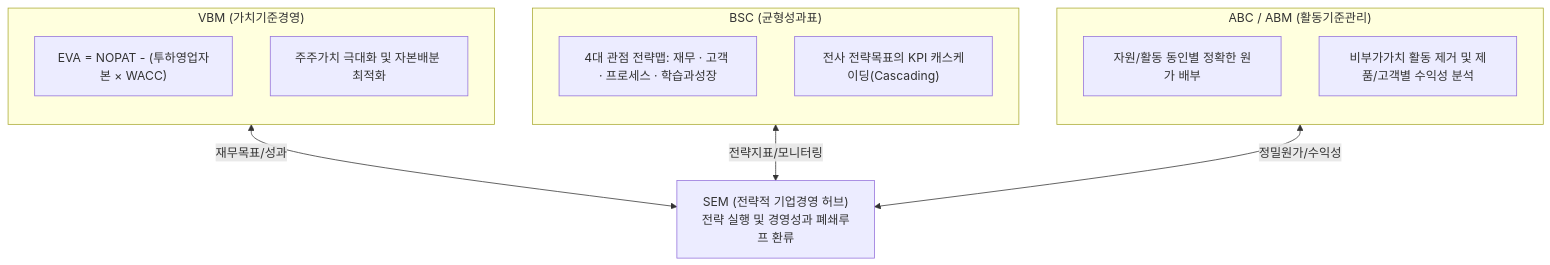
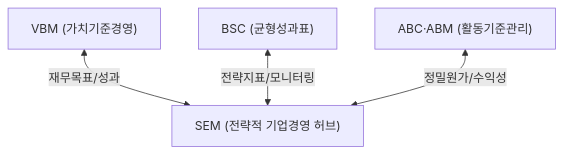
Before and after one commit to agnusdei1207/study: the first of 2 diagrams in src/content/docs/notes/itpe/01-it-strategy/078_sem.md, drawn with Mermaid. The commit also changed other lines of this file and 19 other files, not shown here.

````diff
--- a/src/content/docs/notes/itpe/01-it-strategy/078_sem.md
+++ b/src/content/docs/notes/itpe/01-it-strategy/078_sem.md
@@ -76,26 +76,12 @@
 ```mermaid
 flowchart TD
-    SEM["SEM (전략적 기업경영 허브)<br/>전략 실행 및 경영성과 폐쇄루프 환류"]
+    SEM["SEM (전략적 기업경영 허브)"]
 
-    subgraph VBM["VBM (가치기준경영)"]
-        direction TB
-        V1["EVA = NOPAT - (투하영업자본 × WACC)"]
-        V2["주주가치 극대화 및 자본배분 최적화"]
-    end
-
-    subgraph BSC["BSC (균형성과표)"]
-        direction TB
-        B1["4대 관점 전략맵: 재무 · 고객 · 프로세스 · 학습과성장"]
-        B2["전사 전략목표의 KPI 캐스케이딩(Cascading)"]
-    end
-
-    subgraph ABM["ABC / ABM (활동기준관리)"]
-        direction TB
-        A1["자원/활동 동인별 정확한 원가 배부"]
-        A2["비부가가치 활동 제거 및 제품/고객별 수익성 분석"]
-    end
+    VBM["VBM (가치기준경영)"]
+    BSC["BSC (균형성과표)"]
+    ABM["ABC·ABM (활동기준관리)"]
 
     VBM <-->|재무목표/성과| SEM
     BSC <-->|전략지표/모니터링| SEM
     ABM <-->|정밀원가/수익성| SEM
 ```
````
